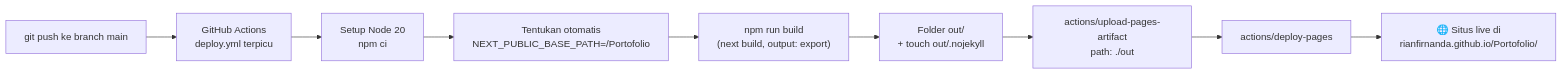
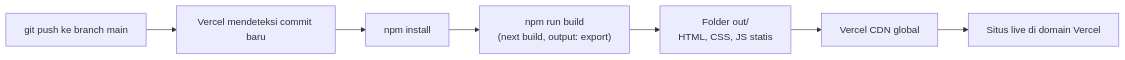
The diagram in README.md (Rianfirnanda/Portofolio), drawn with Mermaid before and after one commit. The commit also changed other lines of this file and 46 other files, not shown here.

````diff
--- a/README.md
+++ b/README.md
@@ -100,11 +104,9 @@
 ```mermaid
 flowchart LR
-    A["git push ke branch main"] --> B["GitHub Actions<br/>deploy.yml terpicu"]
-    B --> C["Setup Node 20<br/>npm ci"]
-    C --> D["Tentukan otomatis<br/>NEXT_PUBLIC_BASE_PATH=/Portofolio"]
-    D --> E["npm run build<br/>(next build, output: export)"]
-    E --> F["Folder out/<br/>+ touch out/.nojekyll"]
-    F --> G["actions/upload-pages-artifact<br/>path: ./out"]
-    G --> H["actions/deploy-pages"]
-    H --> I["🌐 Situs live di<br/>rianfirnanda.github.io/Portofolio/"]
+    A["git push ke branch main"] --> B["Vercel mendeteksi commit baru"]
+    B --> C["npm install"]
+    C --> D["npm run build<br/>(next build, output: export)"]
+    D --> E["Folder out/<br/>HTML, CSS, JS statis"]
+    E --> F["Vercel CDN global"]
+    F --> G["Situs live di domain Vercel"]
 ```
````
